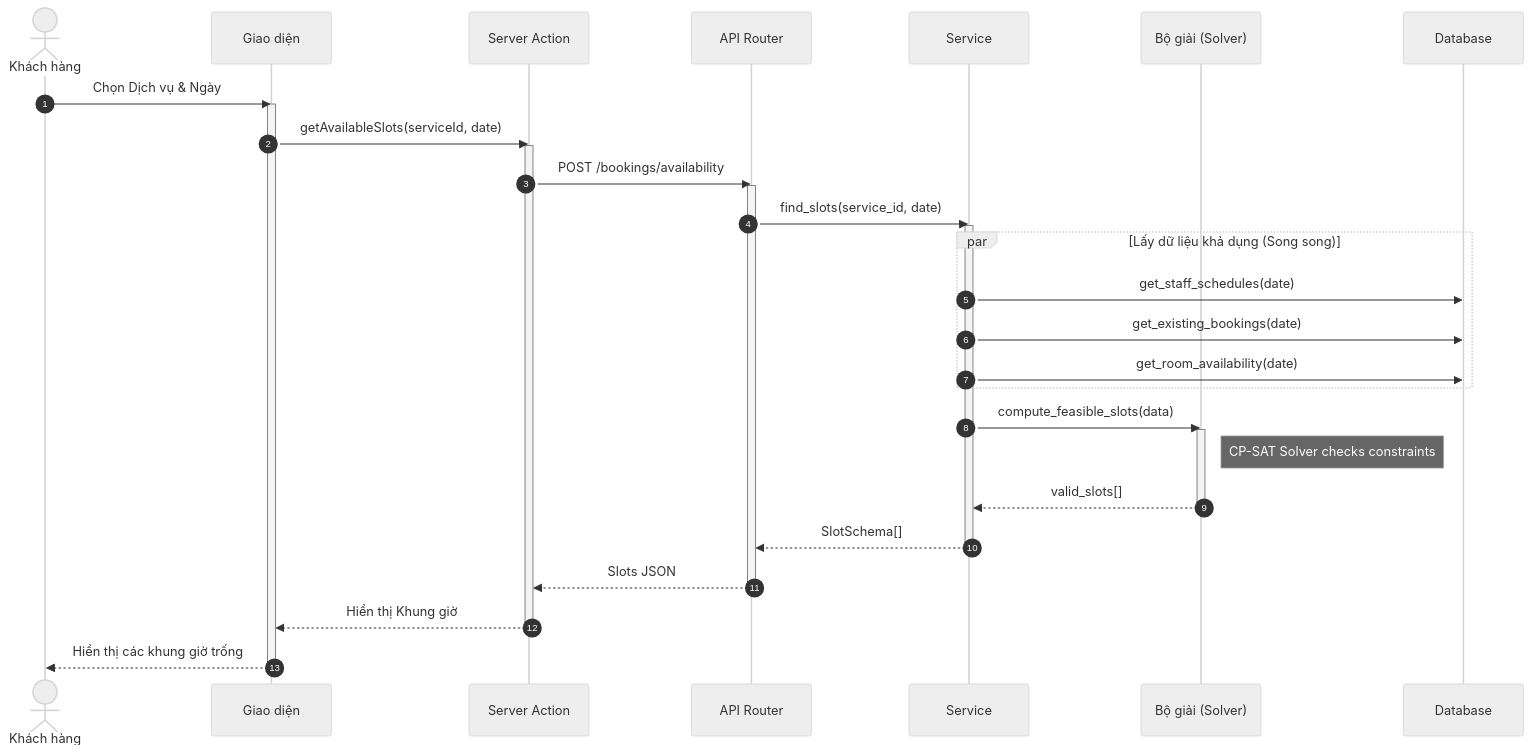
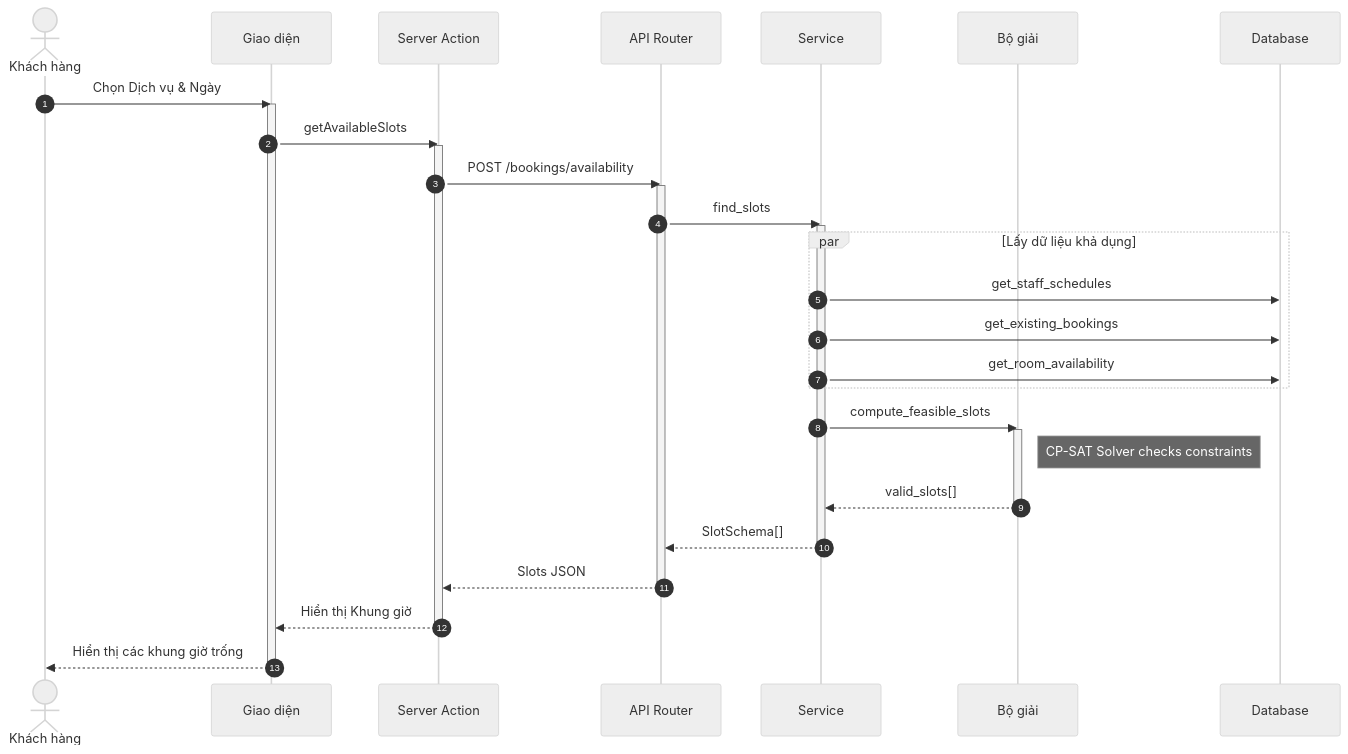
The third of 8 diagrams in docs/design/sequences/customer_flows.md (ngoctinn/Synapse), drawn with Mermaid (neutral theme) before and after one commit. The commit also changed other lines of this file and 1 other file, not shown here.

Commit message:
feat: Add sequence diagrams for admin and customer flows.

````diff
--- a/docs/design/sequences/customer_flows.md
+++ b/docs/design/sequences/customer_flows.md
@@ -112,46 +112,46 @@
 ```mermaid
 sequenceDiagram
     autonumber
     actor KH as Khách hàng
     participant UI as Giao diện
     participant BFF as Server Action
     participant API as API Router
     participant S as Service
-    participant SOLVER as Bộ giải (Solver)
+    participant SOLVER as Bộ giải
     participant DB as Database
 
     KH->>UI: Chọn Dịch vụ & Ngày
     activate UI
-    UI->>BFF: getAvailableSlots(serviceId, date)
+    UI->>BFF: getAvailableSlots
     activate BFF
 
     BFF->>API: POST /bookings/availability
     activate API
 
-    API->>S: find_slots(service_id, date)
+    API->>S: find_slots
     activate S
 
-    par Lấy dữ liệu khả dụng (Song song)
-        S->>DB: get_staff_schedules(date)
-        S->>DB: get_existing_bookings(date)
-        S->>DB: get_room_availability(date)
+    par Lấy dữ liệu khả dụng
+        S->>DB: get_staff_schedules
+        S->>DB: get_existing_bookings
+        S->>DB: get_room_availability
     end
 
-    S->>SOLVER: compute_feasible_slots(data)
+    S->>SOLVER: compute_feasible_slots
     activate SOLVER
     note right of SOLVER: CP-SAT Solver checks constraints
     SOLVER-->>S: valid_slots[]
     deactivate SOLVER
 
     S-->>API: SlotSchema[]
     deactivate S
 
     API-->>BFF: Slots JSON
     deactivate API
 
     BFF-->>UI: Hiển thị Khung giờ
     deactivate BFF
 
     UI-->>KH: Hiển thị các khung giờ trống
     deactivate UI
 ```
````
